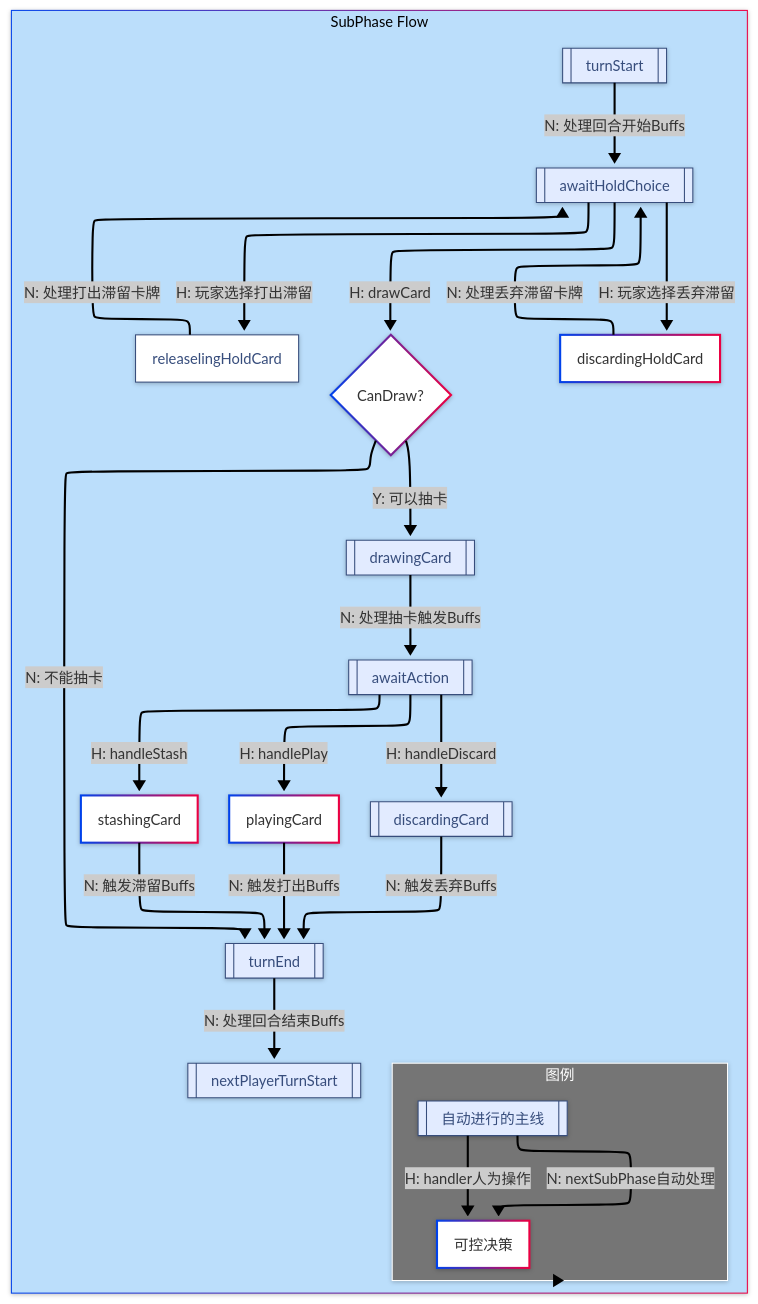
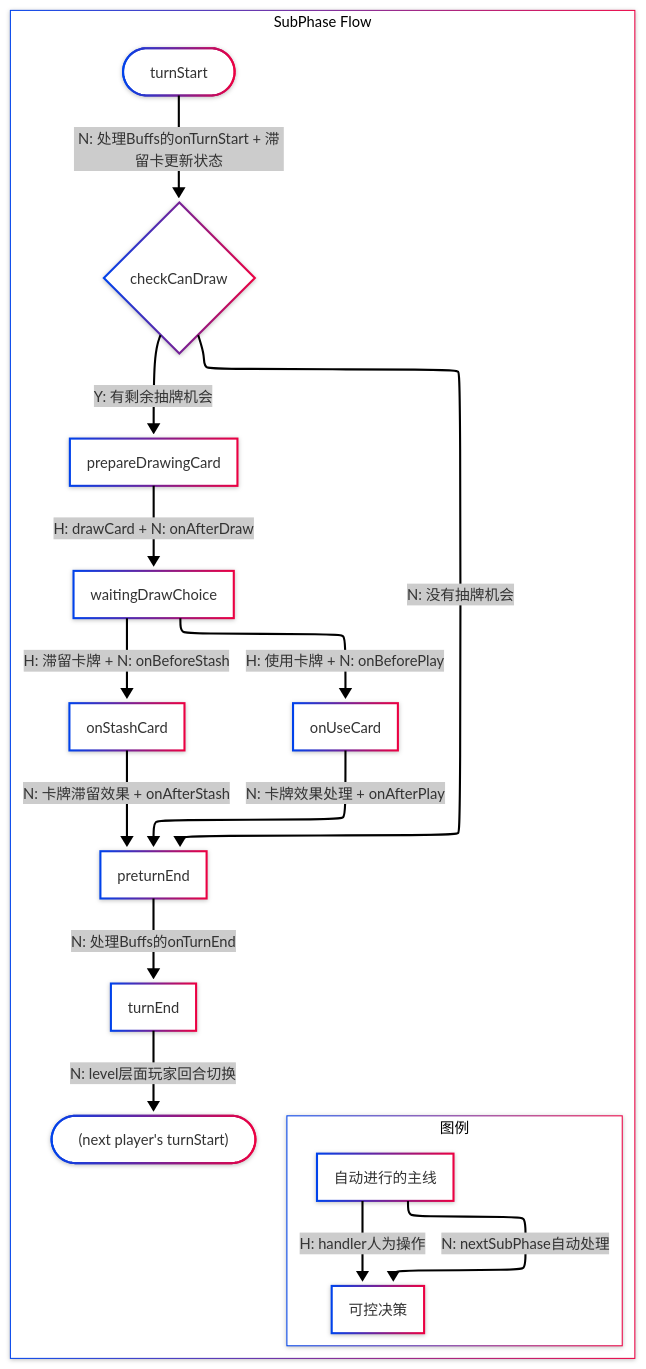
Before and after one commit to zhyDaDa/draw-n-duel: the second of 2 diagrams in README.md, drawn with Mermaid. The commit also changed 10 other files, not shown here.

````diff
--- a/README.md
+++ b/README.md
@@ -157,80 +156,43 @@
 ```mermaid
 ---
 config:
   look: neo
   layout: elk
   theme: neo
-id: 45d8229d-ddf7-44bb-b2fd-4b04b47c383b
 ---
 flowchart TB
  subgraph s1["图例"]
         L1["自动进行的主线"]
         L2["可控决策"]
   end
  subgraph subGraph1["SubPhase Flow"]
     direction TB
-        A["turnStart"]
-        B["awaitHoldChoice"]
-        C["drawingCard"]
-        C1{"CanDraw?"}
-        D["awaitAction"]
-        F["playingCard"]
-        G["discardingCard"]
-        H["stashingCard"]
+        A(["turnStart"])
+        A1["checkCanDraw"]
+        B["prepareDrawingCard"]
+        C["waitingDrawChoice"]
+        D["onUseCard"]
+        E["onStashCard"]
+        Y["preturnEnd"]
         Z["turnEnd"]
-        Z1["nextPlayerTurnStart"]
-  X1["releaselingHoldCard"]
-  X2["discardingHoldCard"]
+        Z1@{ label: "(next player's turnStart)" }
         s1
   end
-    A -- N: 处理回合开始Buffs --> B
-    B -- H: drawCard --> C1
-    C1 -- Y: 可以抽卡 --> C
-    C1 -- N: 不能抽卡 --> Z
-    C -- N: 处理抽卡触发Buffs --> D
-    D -- H: handlePlay --> F
-    F -- N: 触发打出Buffs --> Z
-    D -- H: handleDiscard --> G
-    G -- N: 触发丢弃Buffs --> Z
-    D -- H: handleStash --> H
-    H -- N: 触发滞留Buffs --> Z
-    Z -- N: 处理回合结束Buffs --> Z1
-    B -- H: 玩家选择打出滞留 --> X1
-    X1 -- N: 处理打出滞留卡牌 --> B
-    B -- H: 玩家选择丢弃滞留 --> X2
-    X2 -- N: 处理丢弃滞留卡牌 --> B
+    A -- N: 处理Buffs的onTurnStart + 滞留卡更新状态 --> A1
+    A1 -- Y: 有剩余抽牌机会 --> B
+    A1 -- N: 没有抽牌机会 --> Y
+    B -- H: drawCard + N: onAfterDraw --> C
+    C -- H: 使用卡牌 + N: onBeforePlay --> D
+    C -- H: 滞留卡牌 + N: onBeforeStash --> E
+    D -- N: 卡牌效果处理 + onAfterPlay --> Y
+    E -- N: 卡牌滞留效果 + onAfterStash --> Y
+
+    Y -- N: 处理Buffs的onTurnEnd --> Z
+    Z -- N: level层面玩家回合切换 --> Z1
     L1 -- N: nextSubPhase自动处理 --> L2
     L1 -- H: handler人为操作 --> L2
-    s1 --> subGraph1
-    L1@{ shape: subproc}
-    L2@{ shape: rect}
-    A@{ shape: subproc}
-    B@{ shape: subproc}
-    C@{ shape: subproc}
-    D@{ shape: subproc}
-    F@{ shape: rect}
-    G@{ shape: subproc}
-    H@{ shape: rect}
-    Z@{ shape: subproc}
-    Z1@{ shape: subproc}
-    X1@{ shape: rect}
-    X2@{ shape: rect}
-     L1:::Sky
-     A:::Sky
-     B:::Sky
-     C:::Sky
-     D:::Sky
-     G:::Sky
-     Z:::Sky
-     Z1:::Sky
-     X1:::Sky
-    classDef Sky stroke-width:1px, stroke-dasharray:none, stroke:#374D7C, fill:#E2EBFF, color:#374D7C
-    style L2 fill:#FFFFFF
-    style C1 fill:#FFFFFF
-    style F fill:#FFFFFF
-    style H fill:#FFFFFF
-    style X1 fill:#FFFFFF
-    style X2 fill:#FFFFFF
-    style s1 fill:#757575,stroke:#FFFFFF,color:#FFFFFF
-    style subGraph1 fill:#BBDEFB
+    s1 ~~~ subGraph1
+
+    A1@{ shape: diam}
+    Z1@{ shape: stadium}
 ```
````
